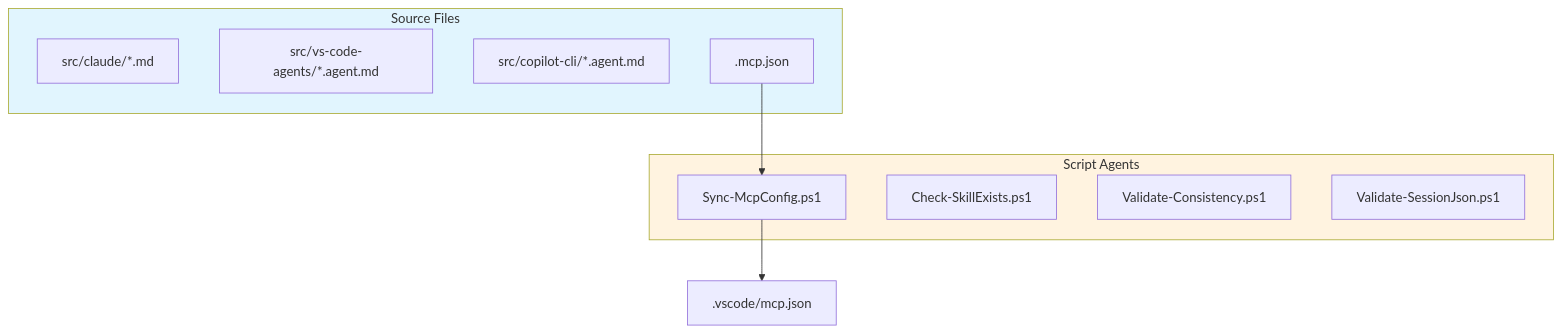
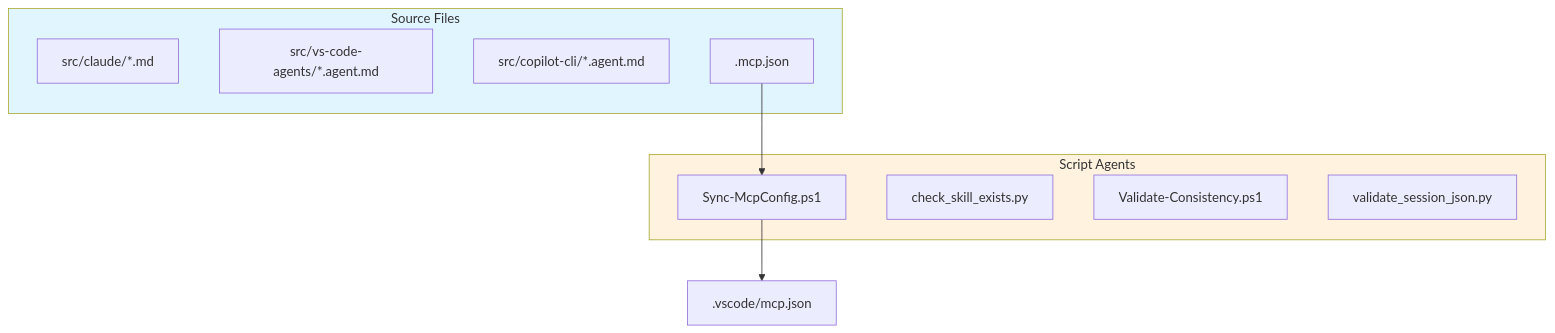
One commit to rjmurillo/ai-agents changed the diagram in scripts/AGENTS.md. Above: the diagram before and after it, drawn with Mermaid. The commit also changed other lines of this file and 43 other files, not shown here.

````diff
--- a/scripts/AGENTS.md
+++ b/scripts/AGENTS.md
@@ -142,22 +142,22 @@
 ```mermaid
 flowchart TD
     subgraph Sources["Source Files"]
         SC[src/claude/*.md]
         SV[src/vs-code-agents/*.agent.md]
         SCP[src/copilot-cli/*.agent.md]
         MCP[.mcp.json]
     end
 
     subgraph Scripts["Script Agents"]
         SYN[Sync-McpConfig.ps1]
-        CHK[Check-SkillExists.ps1]
+        CHK[check_skill_exists.py]
         VCS[Validate-Consistency.ps1]
-        VSP[Validate-SessionJson.ps1]
+        VSP[validate_session_json.py]
     end
 
     MCP --> SYN
     SYN --> VSC[.vscode/mcp.json]
 
     style Sources fill:#e1f5fe
     style Scripts fill:#fff3e0
 ```
````
